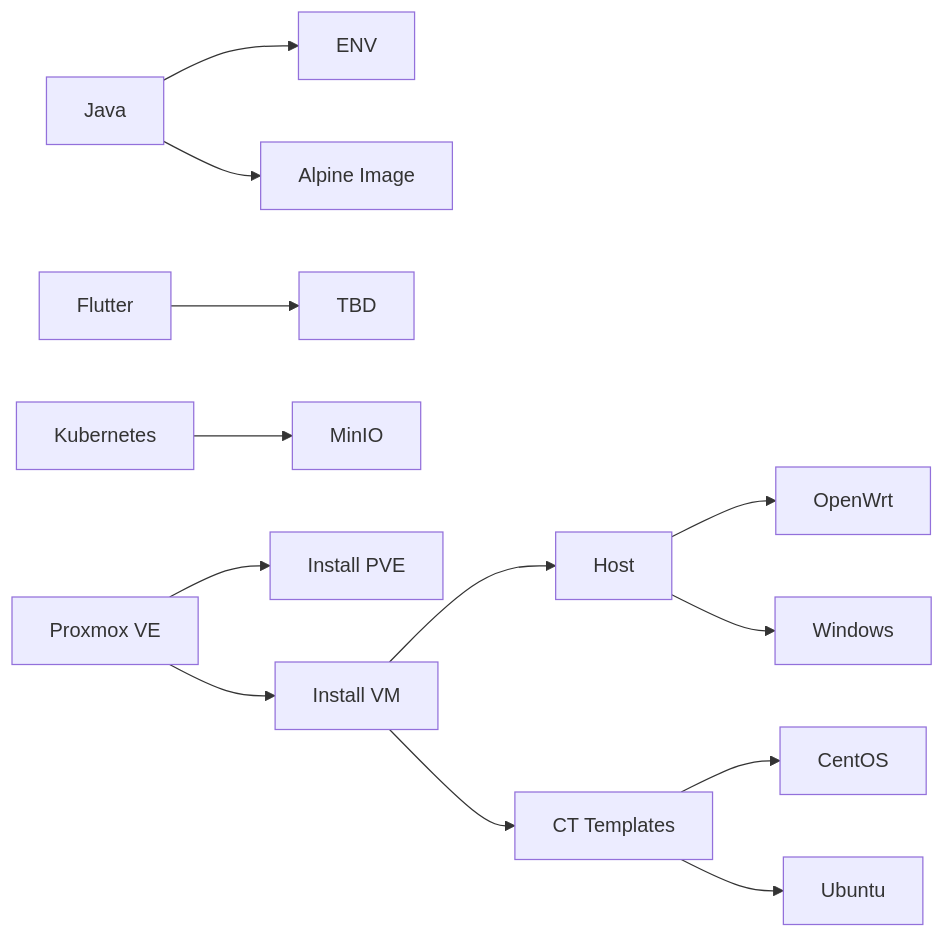
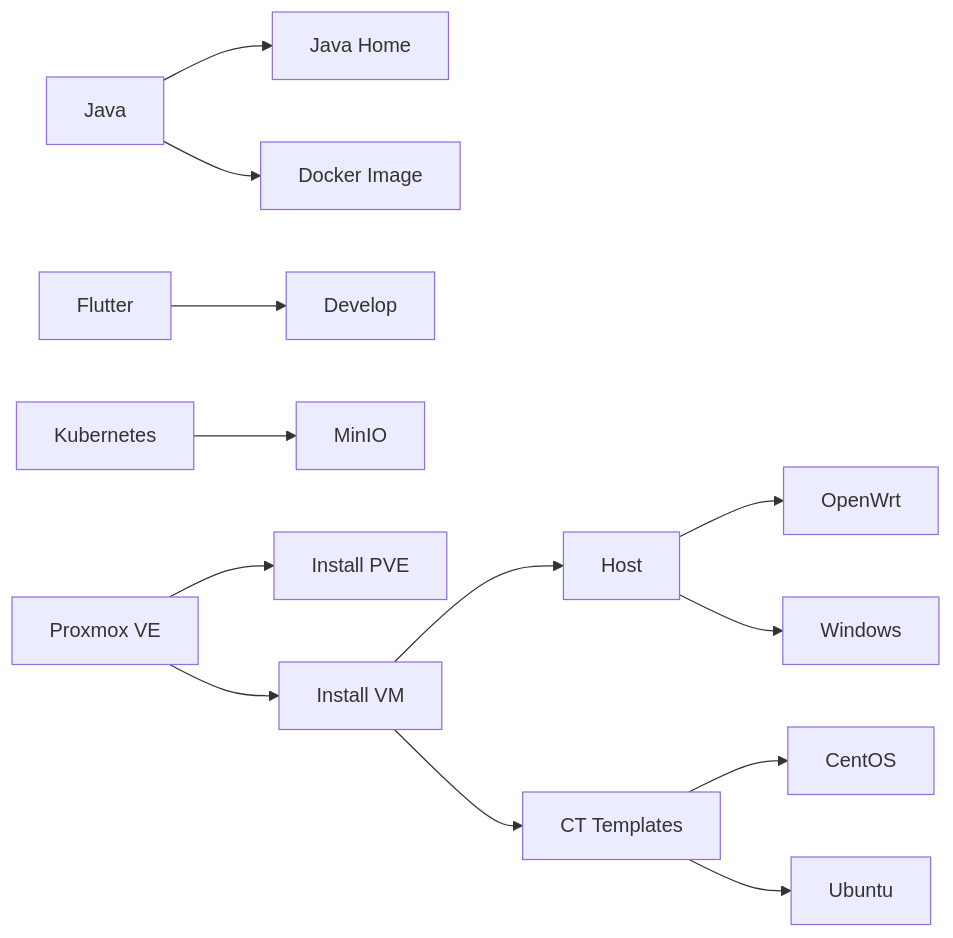
One commit to aaric/docsify-blog changed the diagram in docs/README.md. Above: the diagram before and after it, drawn with Mermaid. The commit also changed 2 other files, not shown here.

Commit message:
update v1

````diff
--- a/docs/README.md
+++ b/docs/README.md
@@ -9,16 +9,16 @@
 ```mermaid
 %% 技术图谱 %%
 graph LR
-    A[Java] --> A1[ENV];
-    A[Java] --> A2[Alpine Image];
-    B[Flutter] --> B1[TBD];
+    A[Java] --> A1[Java Home];
+    A[Java] --> A2[Docker Image];
+    B[Flutter] --> B1[Develop];
     C[Kubernetes] --> C1[MinIO];
     D[Proxmox VE] --> D1[Install PVE];
     D --> D2[Install VM];
     D2 --> D21[Host];
     D21 --> D211[OpenWrt];
     D21 --> D212[Windows];
     D2 --> D22[CT Templates];
     D22 -->  D221[CentOS];
     D22 -->  D222[Ubuntu];
 ```
````
